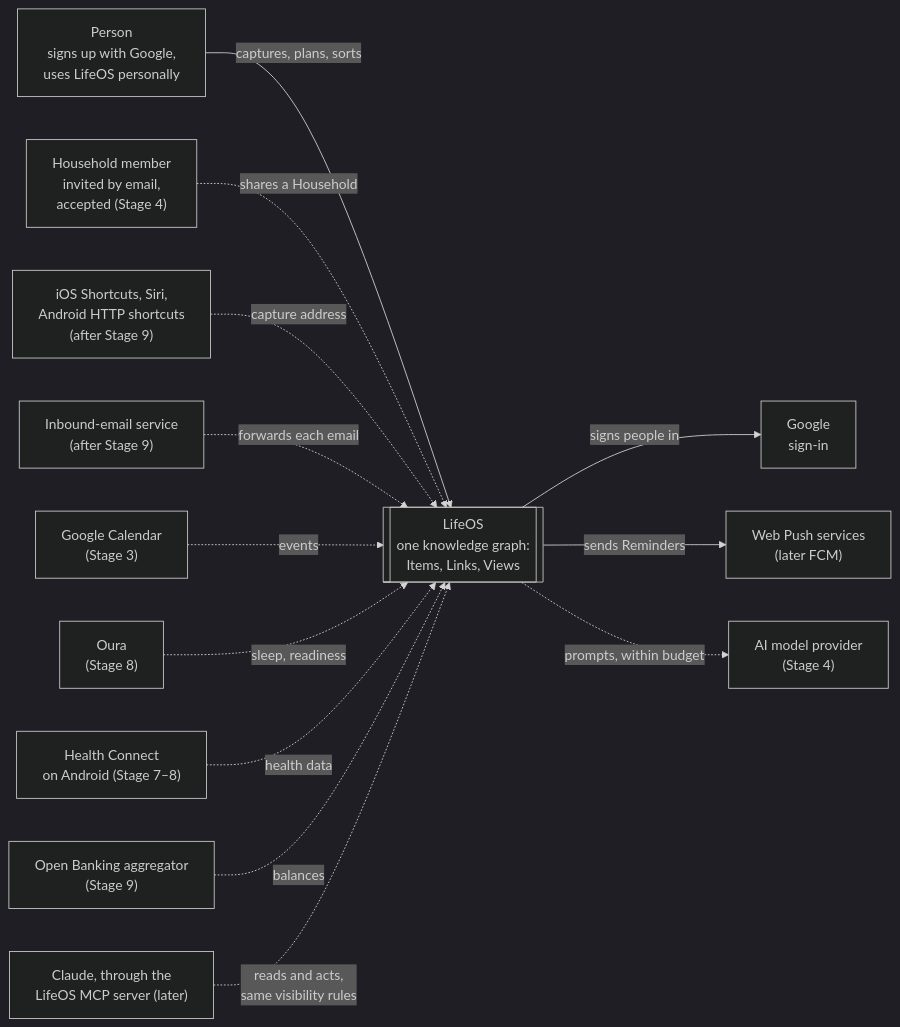
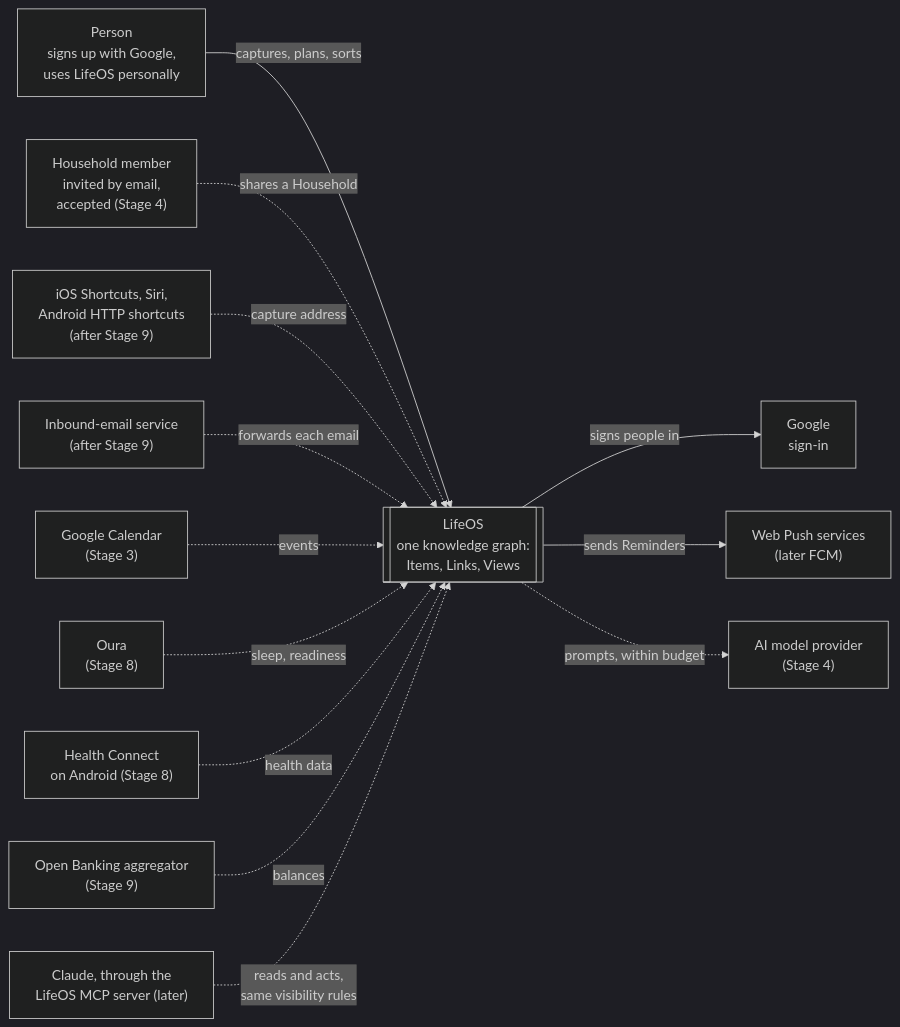
The first of 2 diagrams in docs/20-architecture/overview.md (joestables/lifeos), drawn with Mermaid (dark theme) before and after one commit. The commit also changed other lines of this file and 14 other files, not shown here.

First line of the commit message:
Stage 7: Joe's answers, and the Android app spec drafted

````diff
--- a/docs/20-architecture/overview.md
+++ b/docs/20-architecture/overview.md
@@ -8,31 +8,31 @@
 ```mermaid
 flowchart LR
   person["Person<br/>signs up with Google,<br/>uses LifeOS personally"]
   member["Household member<br/>invited by email,<br/>accepted (Stage 4)"]
   shortcuts["iOS Shortcuts, Siri,<br/>Android HTTP shortcuts<br/>(after Stage 9)"]
   email["Inbound-email service<br/>(after Stage 9)"]
 
   lifeos[["LifeOS<br/>one knowledge graph:<br/>Items, Links, Views"]]
 
   google["Google<br/>sign-in"]
   push["Web Push services<br/>(later FCM)"]
   gcal["Google Calendar<br/>(Stage 3)"]
   oura["Oura<br/>(Stage 8)"]
-  hc["Health Connect<br/>on Android (Stage 7–8)"]
+  hc["Health Connect<br/>on Android (Stage 8)"]
   banks["Open Banking aggregator<br/>(Stage 9)"]
   aimodel["AI model provider<br/>(Stage 4)"]
   claude["Claude, through the<br/>LifeOS MCP server (later)"]
 
   person -- "captures, plans, sorts" --> lifeos
   member -. "shares a Household" .-> lifeos
   shortcuts -. "capture address" .-> lifeos
   email -. "forwards each email" .-> lifeos
   lifeos -- "signs people in" --> google
   lifeos -- "sends Reminders" --> push
   gcal -. "events" .-> lifeos
   oura -. "sleep, readiness" .-> lifeos
   hc -. "health data" .-> lifeos
   banks -. "balances" .-> lifeos
   lifeos -. "prompts, within budget" .-> aimodel
   claude -. "reads and acts,<br/>same visibility rules" .-> lifeos
 ```
````
